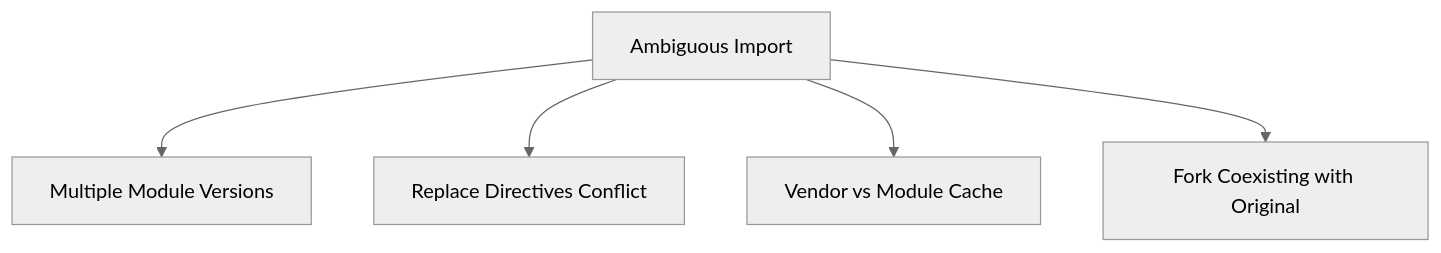
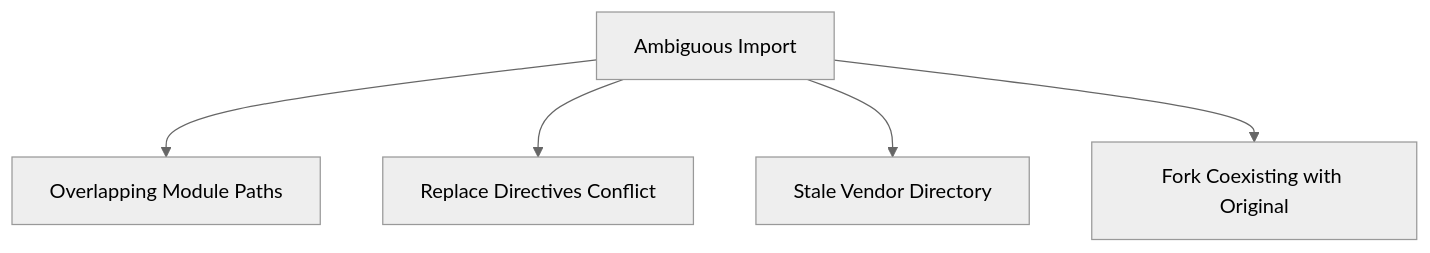
One commit to OneUptime/blog changed the diagram in posts/2026-01-23-go-ambiguous-import/README.md. Above: the diagram before and after it, drawn with Mermaid (neutral theme). The commit also changed other lines of this file and 4262 other files, not shown here.

````diff
--- a/posts/2026-01-23-go-ambiguous-import/README.md
+++ b/posts/2026-01-23-go-ambiguous-import/README.md
@@ -35,7 +35,7 @@
 ```mermaid
 graph TD
-    A[Ambiguous Import] --> B[Multiple Module Versions]
+    A[Ambiguous Import] --> B[Overlapping Module Paths]
     A --> C[Replace Directives Conflict]
-    A --> D[Vendor vs Module Cache]
+    A --> D[Stale Vendor Directory]
     A --> E[Fork Coexisting with Original]
 ```
````
